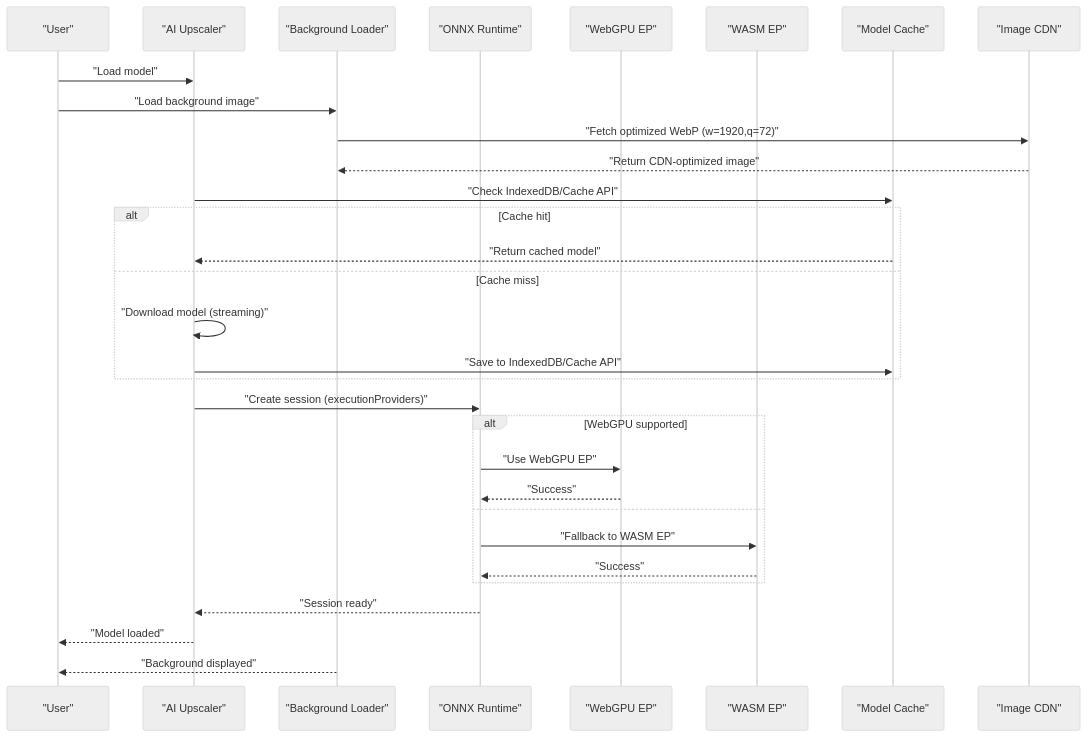
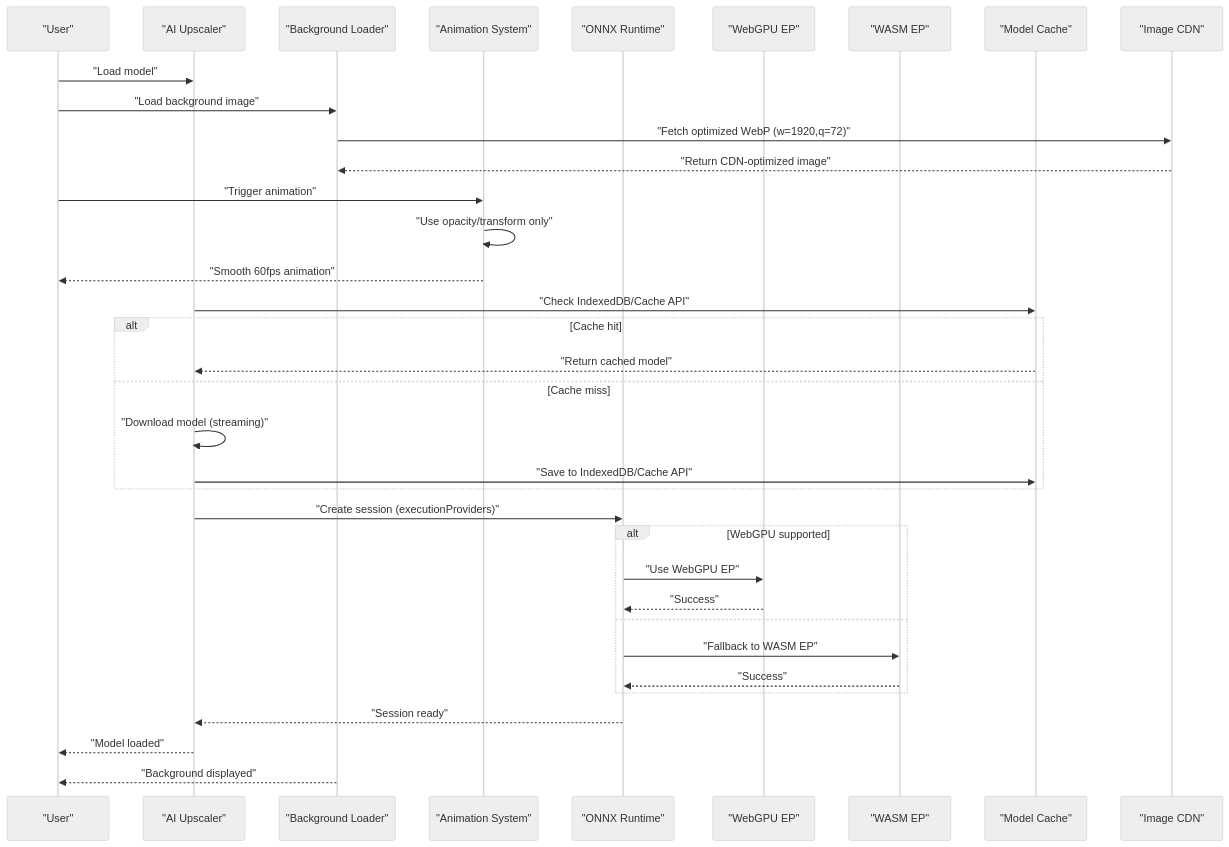
The second of 8 diagrams in .qoder/repowiki/en/content/Technical Implementation/Performance Optimization.md (treasureGrove/TAWEBTOOL), drawn with Mermaid (neutral theme) before and after one commit. The commit also changed other lines of this file and 101 other files, not shown here.

````diff
--- a/.qoder/repowiki/en/content/Technical Implementation/Performance Optimization.md
+++ b/.qoder/repowiki/en/content/Technical Implementation/Performance Optimization.md
@@ -114,33 +130,37 @@
 ```mermaid
 sequenceDiagram
 participant User as "User"
 participant UI as "AI Upscaler"
 participant BG as "Background Loader"
+participant ANIM as "Animation System"
 participant ORT as "ONNX Runtime"
 participant GPU as "WebGPU EP"
 participant CPU as "WASM EP"
 participant Cache as "Model Cache"
 participant IMG_CDN as "Image CDN"
 User->>UI : "Load model"
 User->>BG : "Load background image"
 BG->>IMG_CDN : "Fetch optimized WebP (w=1920,q=72)"
 IMG_CDN-->>BG : "Return CDN-optimized image"
+User->>ANIM : "Trigger animation"
+ANIM->>ANIM : "Use opacity/transform only"
+ANIM-->>User : "Smooth 60fps animation"
 UI->>Cache : "Check IndexedDB/Cache API"
 alt Cache hit
 Cache-->>UI : "Return cached model"
 else Cache miss
 UI->>UI : "Download model (streaming)"
 UI->>Cache : "Save to IndexedDB/Cache API"
 end
 UI->>ORT : "Create session (executionProviders)"
 alt WebGPU supported
 ORT->>GPU : "Use WebGPU EP"
 GPU-->>ORT : "Success"
 else
 ORT->>CPU : "Fallback to WASM EP"
 CPU-->>ORT : "Success"
 end
 ORT-->>UI : "Session ready"
 UI-->>User : "Model loaded"
 BG-->>User : "Background displayed"
 ```
````
